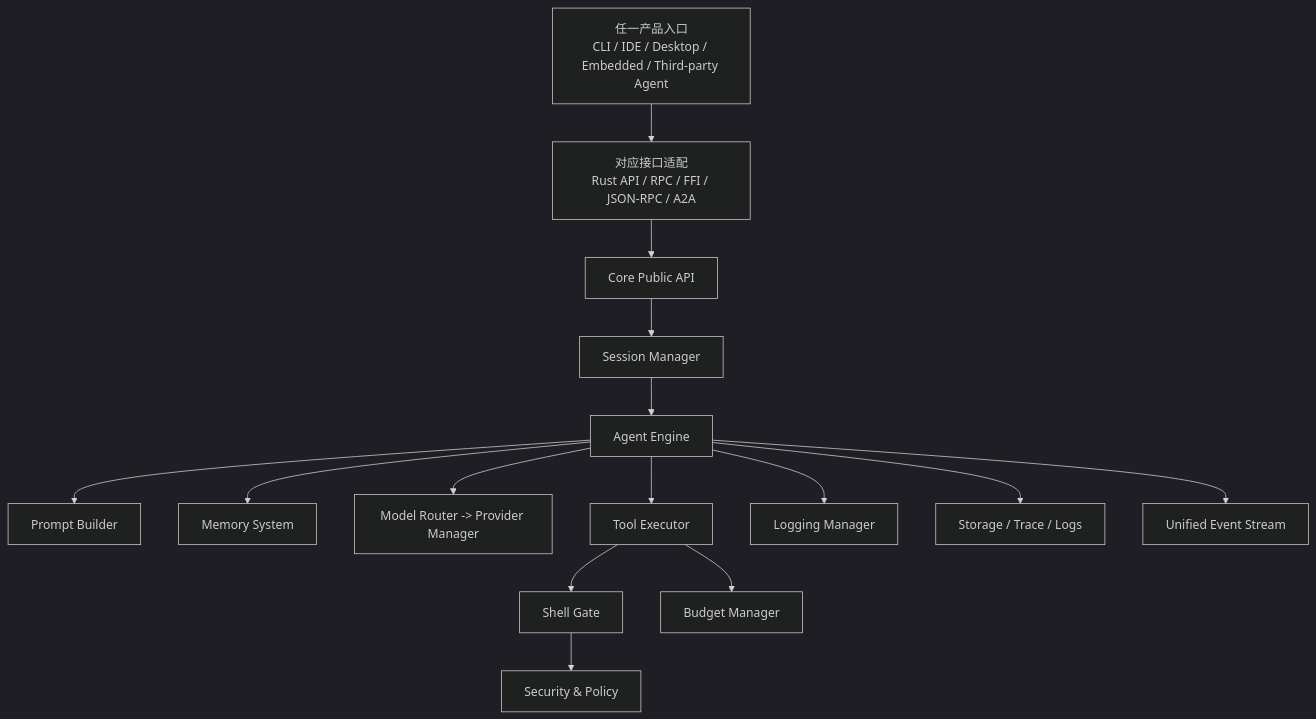
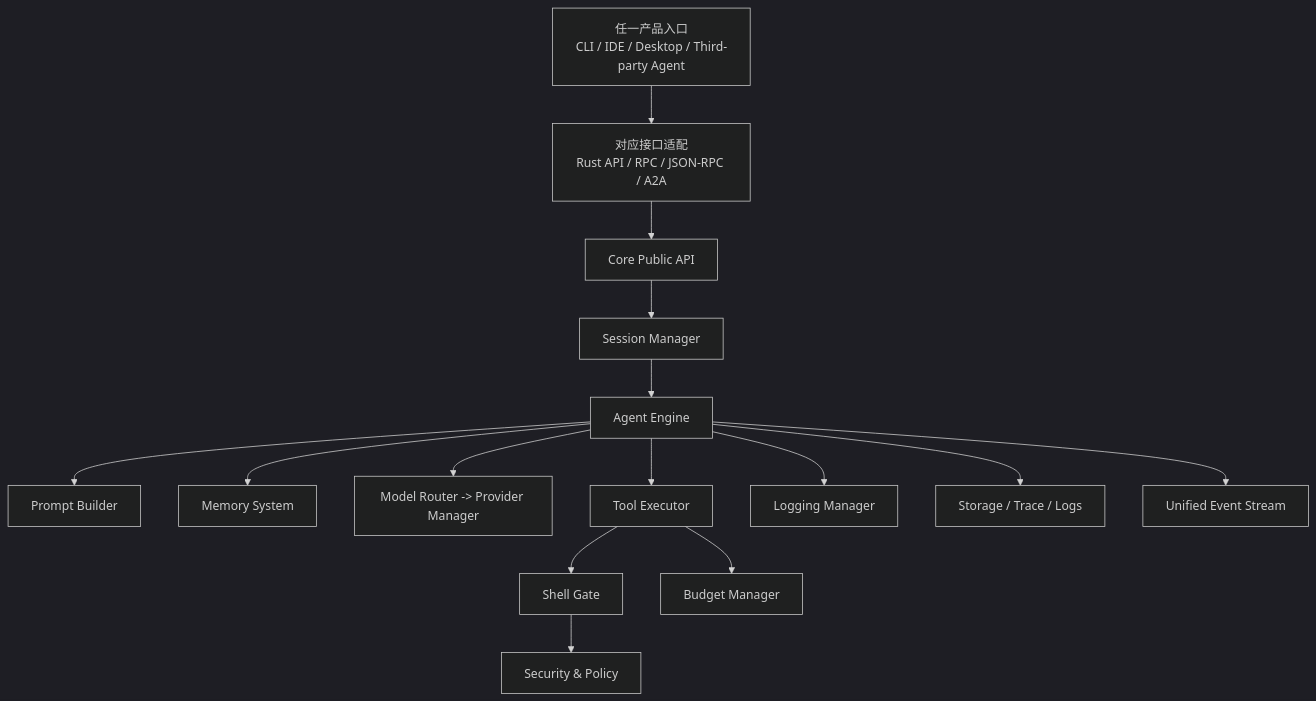
The ninth of 9 diagrams in .alius/memory/design/09-architecture-v10-implementation-reference.md (AliusTech/alius), drawn with Mermaid (dark theme) before and after one commit. The commit also changed other lines of this file and 44 other files, not shown here.

````diff
--- a/.alius/memory/design/09-architecture-v10-implementation-reference.md
+++ b/.alius/memory/design/09-architecture-v10-implementation-reference.md
@@ -481,17 +425,17 @@
 ```mermaid
 flowchart TB
-  PRODUCT["任一产品入口\nCLI / IDE / Desktop / Embedded / Third-party Agent"] --> INTERFACE["对应接口适配\nRust API / RPC / FFI / JSON-RPC / A2A"]
+  PRODUCT["任一产品入口\nCLI / IDE / Desktop / Third-party Agent"] --> INTERFACE["对应接口适配\nRust API / RPC / JSON-RPC / A2A"]
   INTERFACE --> CORE["Core Public API"]
   CORE --> SESSION["Session Manager"]
   SESSION --> ENGINE["Agent Engine"]
   ENGINE --> PROMPT["Prompt Builder"]
   ENGINE --> MEMORY["Memory System"]
   ENGINE --> MODEL["Model Router -> Provider Manager"]
   ENGINE --> TOOLS["Tool Executor"]
   TOOLS --> SHELL["Shell Gate"]
   SHELL --> SECURITY["Security & Policy"]
   TOOLS --> BUDGET["Budget Manager"]
   ENGINE --> LOGGING["Logging Manager"]
   ENGINE --> STORE["Storage / Trace / Logs"]
   ENGINE --> EVENTS["Unified Event Stream"]
 ```
````
